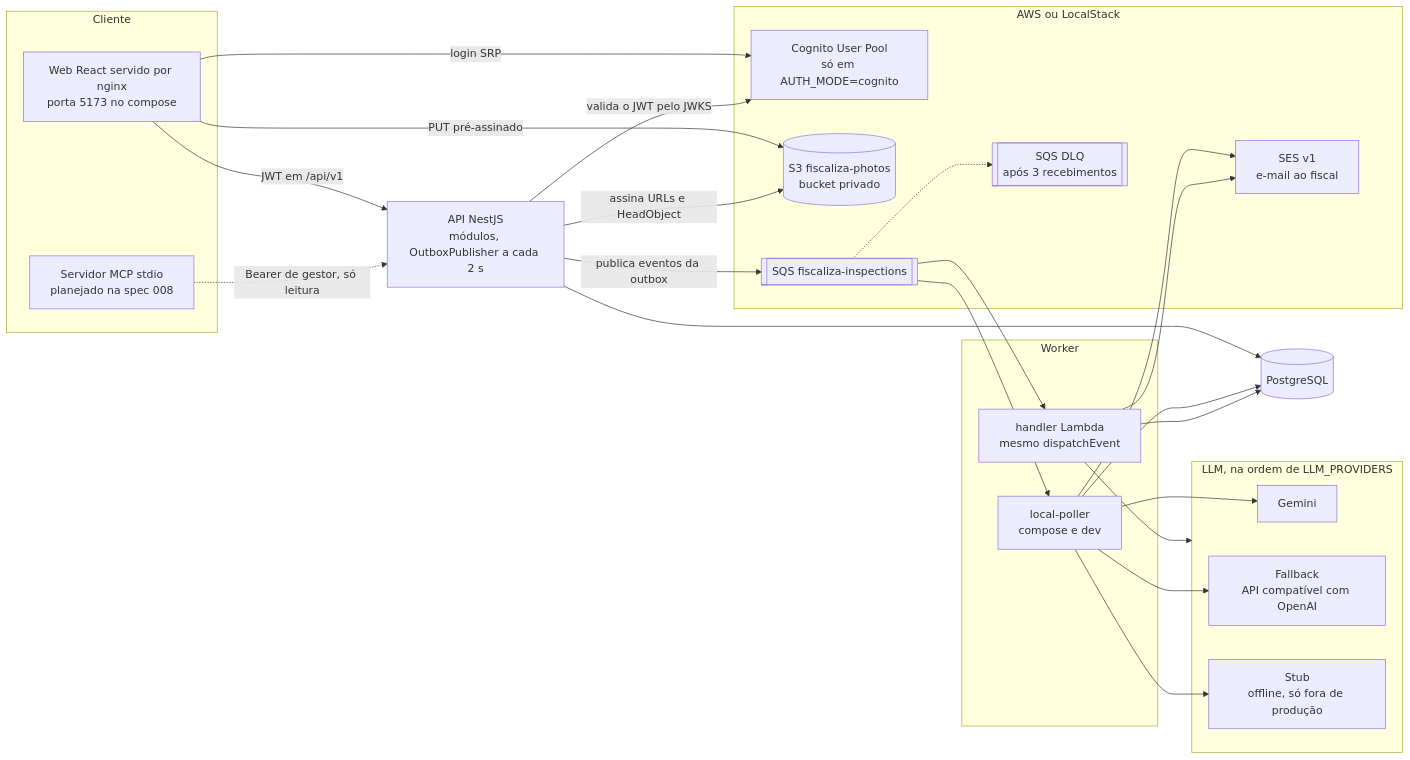
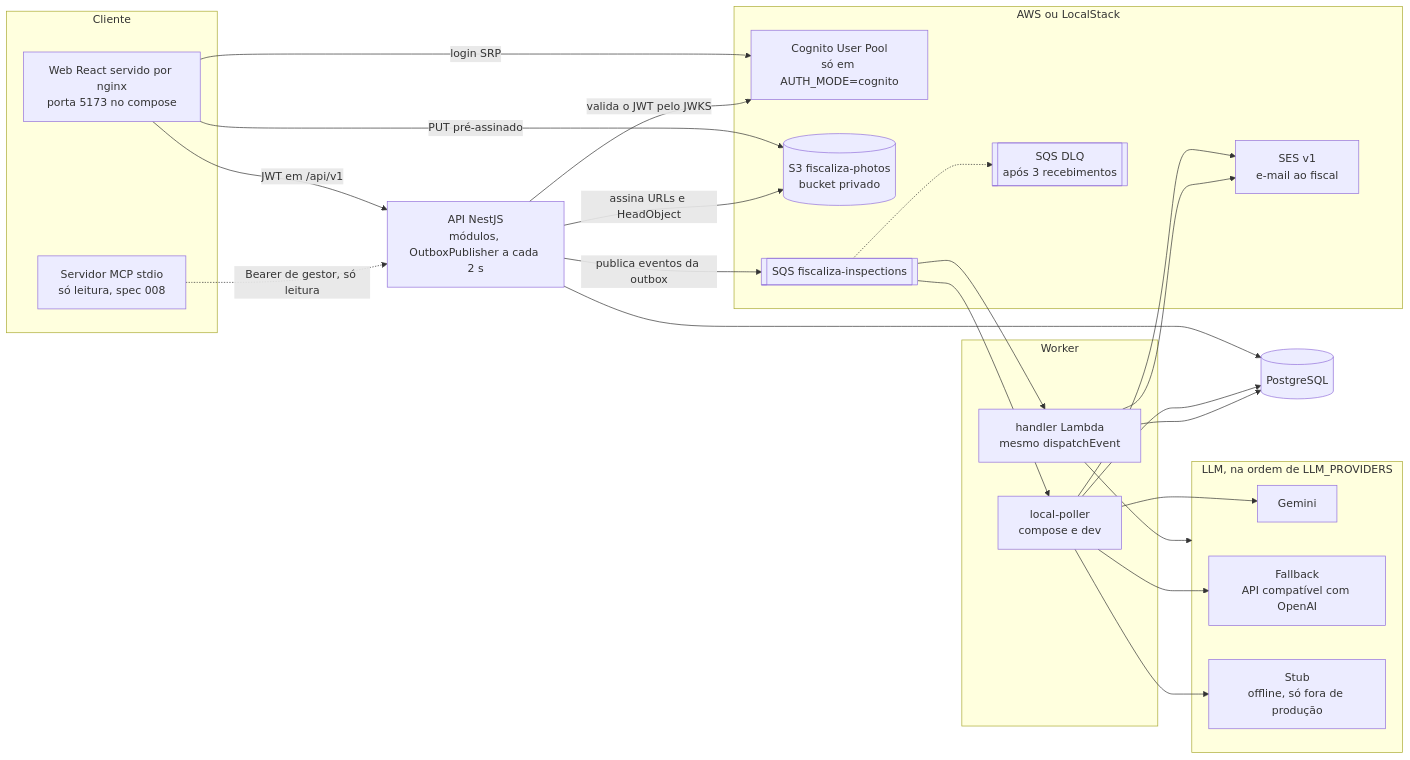
One commit to wandskk/fiscaliza changed the diagram in README.md. Above: the diagram before and after it, drawn with Mermaid. The commit also changed other lines of this file and 4 other files, not shown here.

Commit message:
docs: MCP shown as implemented in the architecture diagram

````diff
--- a/README.md
+++ b/README.md
@@ -9,49 +9,49 @@
 ```mermaid
 flowchart LR
   subgraph Cliente
     Web["Web React servido por nginx<br/>porta 5173 no compose"]
-    MCP["Servidor MCP stdio<br/>planejado na spec 008"]
+    MCP["Servidor MCP stdio<br/>só leitura, spec 008"]
   end
 
   subgraph AWS["AWS ou LocalStack"]
     Cognito["Cognito User Pool<br/>só em AUTH_MODE=cognito"]
     S3[("S3 fiscaliza-photos<br/>bucket privado")]
     SQS[["SQS fiscaliza-inspections"]]
     DLQ[["SQS DLQ<br/>após 3 recebimentos"]]
     SES["SES v1<br/>e-mail ao fiscal"]
   end
 
   API["API NestJS<br/>módulos, OutboxPublisher a cada 2 s"]
   DB[("PostgreSQL")]
 
   subgraph WorkerBox["Worker"]
     Poller["local-poller<br/>compose e dev"]
     Lambda["handler Lambda<br/>mesmo dispatchEvent"]
   end
 
   subgraph LLM["LLM, na ordem de LLM_PROVIDERS"]
     Gemini["Gemini"]
     Fallback["Fallback<br/>API compatível com OpenAI"]
     Stub["Stub<br/>offline, só fora de produção"]
   end
 
   Web -- "login SRP" --> Cognito
   Web -- "JWT em /api/v1" --> API
   Web -- "PUT pré-assinado" --> S3
   API -- "valida o JWT pelo JWKS" --> Cognito
   API -- "assina URLs e HeadObject" --> S3
   API --> DB
   API -- "publica eventos da outbox" --> SQS
   SQS -.-> DLQ
   SQS --> Poller
   SQS --> Lambda
   Poller --> DB
   Lambda --> DB
   Lambda --> LLM
   Poller --> Gemini
   Poller --> Fallback
   Poller --> Stub
   Poller --> SES
   Lambda --> SES
   MCP -. "Bearer de gestor, só leitura" .-> API
 ```
````
